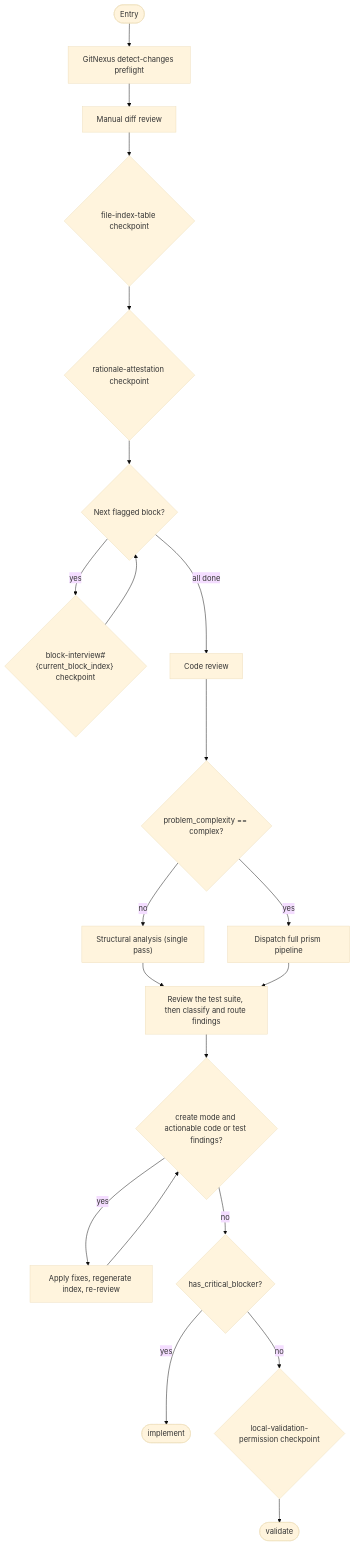
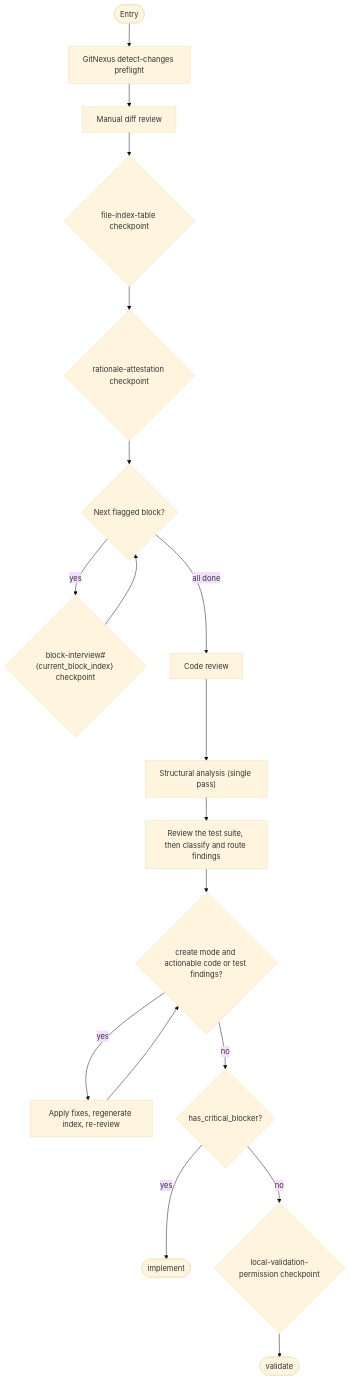
One commit to m2ux/workflow-server changed diagram 11 of 15 in work-package/activities/README.md. Above: the diagram before and after it, drawn with Mermaid (base theme). The commit also changed 5 other files, not shown here.

````diff
--- a/work-package/activities/README.md
+++ b/work-package/activities/README.md
@@ -287,25 +287,22 @@
 ```mermaid
 graph TD
     entryNode(["Entry"]) --> preflight["GitNexus detect-changes preflight"]
     preflight --> manualDiff["Manual diff review"]
     manualDiff --> cpFileIndex{"file-index-table checkpoint"}
     cpFileIndex --> cpRationale{"rationale-attestation checkpoint"}
     cpRationale --> interviewLoop{"Next flagged block?"}
     interviewLoop -->|"yes"| cpInterview{"block-interview#{current_block_index} checkpoint"}
     cpInterview --> interviewLoop
     interviewLoop -->|"all done"| codeReview["Code review"]
 
-    codeReview --> structural{"problem_complexity == complex?"}
-    structural -->|"no"| structuralInline["Structural analysis (single pass)"]
-    structural -->|"yes"| dispatchPrism["Dispatch full prism pipeline"]
+    codeReview --> structuralInline["Structural analysis (single pass)"]
     structuralInline --> testReview["Review the test suite, then classify and route findings"]
-    dispatchPrism --> testReview
 
     testReview --> fixCycle{"create mode and actionable code or test findings?"}
     fixCycle -->|"yes"| applyFixes["Apply fixes, regenerate index, re-review"]
     applyFixes --> fixCycle
     fixCycle -->|"no"| blockerGate{"has_critical_blocker?"}
     blockerGate -->|"yes"| exitImplement(["implement"])
     blockerGate -->|"no"| cpLocalValidation{"local-validation-permission checkpoint"}
     cpLocalValidation --> exitValidate(["validate"])
 ```
````
